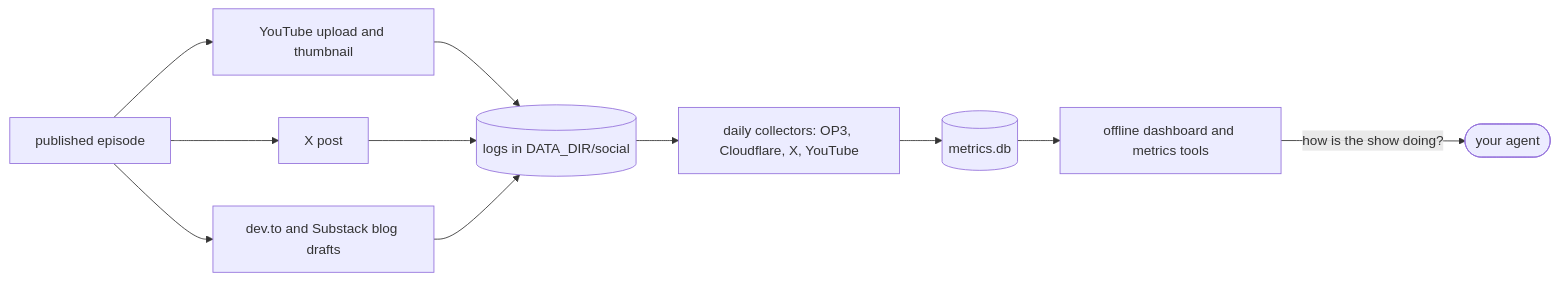
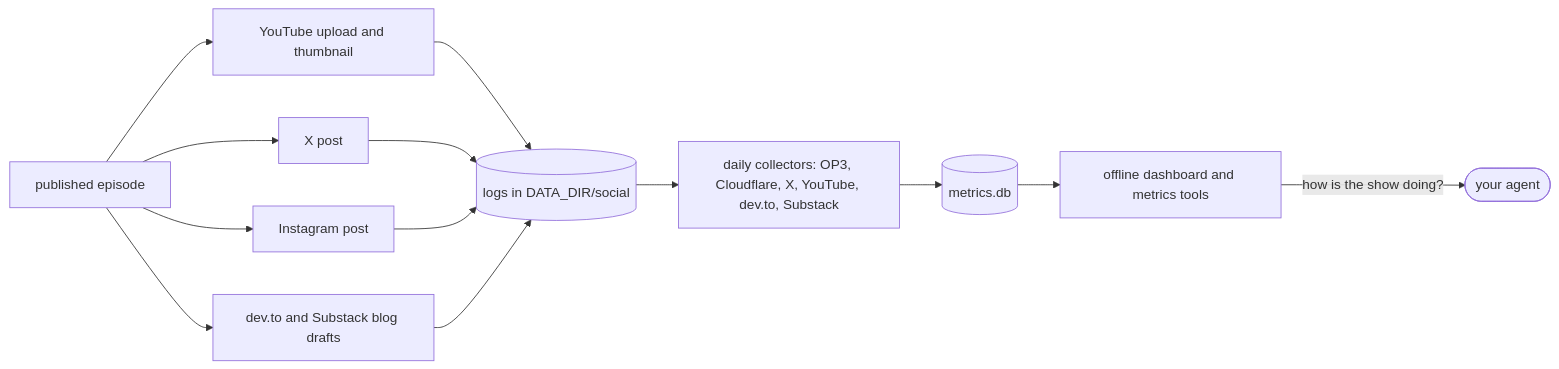
The fourth of 4 diagrams in README.md (harpreetsahota204/podcast_server), drawn with Mermaid before and after one commit. The commit also changed other lines of this file and 20 other files, not shown here.

Commit message:
Add Instagram image posting: an MCP tool that converts approved images to JPEG, stages them on R2, and publishes them through Meta's Graph API, with a one-time login that stores a non-expiring Page token in a private file.

````diff
--- a/README.md
+++ b/README.md
@@ -153,13 +153,15 @@
 ```mermaid
 flowchart LR
     P[published episode] --> V[YouTube upload and thumbnail]
     P --> X[X post]
+    P --> IG[Instagram post]
     P --> DT[dev.to and Substack blog drafts]
     V --> L[(logs in DATA_DIR/social)]
     X --> L
+    IG --> L
     DT --> L
-    L --> C[daily collectors: OP3, Cloudflare, X, YouTube]
+    L --> C[daily collectors: OP3, Cloudflare, X, YouTube, dev.to, Substack]
     C --> M[(metrics.db)]
     M --> D[offline dashboard and metrics tools]
     D -->|"how is the show doing?"| AG([your agent])
 ```
````
